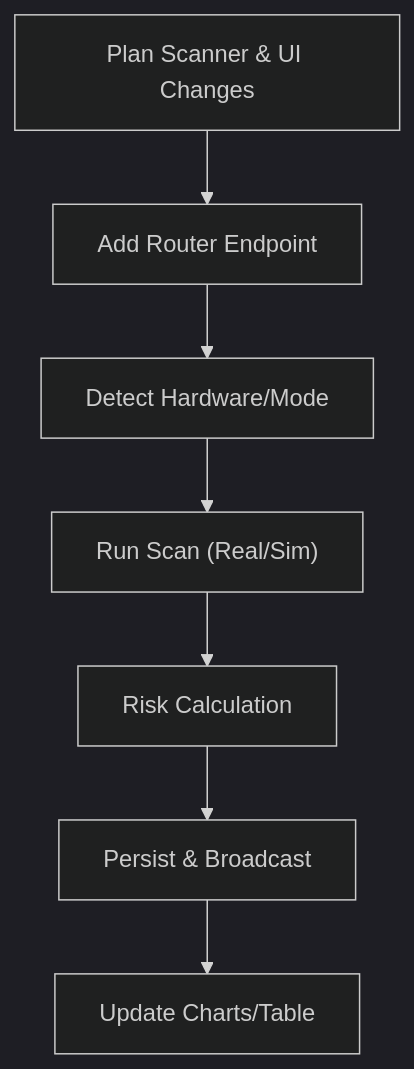
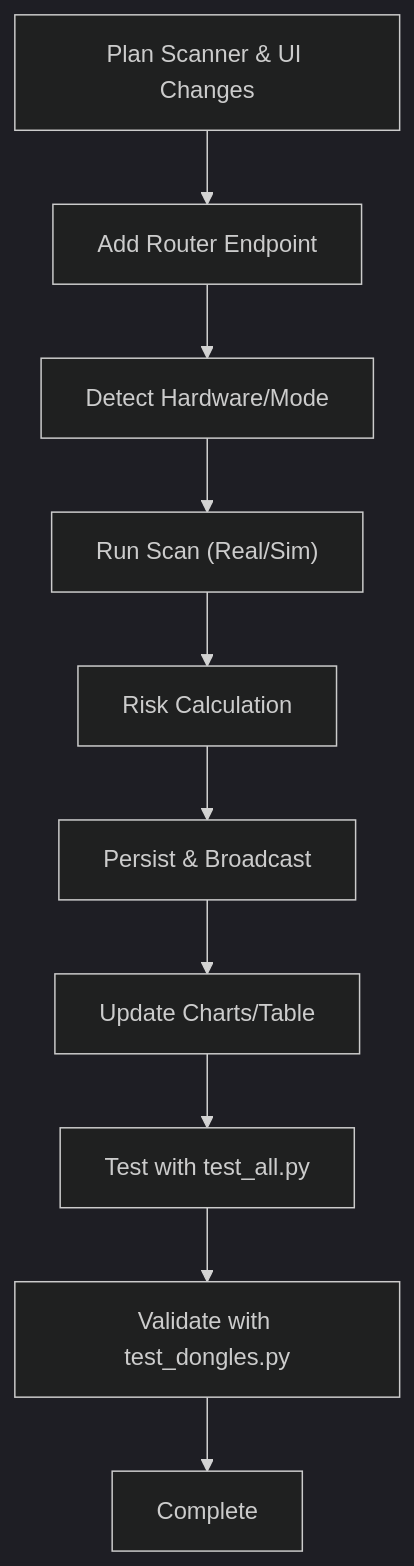
Before and after one commit to MohandWaleed3/PentexOne: diagram 11 of 11 in .qoder/repowiki/en/content/Contributing & Development.md, drawn with Mermaid (dark theme). The commit also changed other lines of this file and 16 other files, not shown here.

````diff
--- a/.qoder/repowiki/en/content/Contributing & Development.md
+++ b/.qoder/repowiki/en/content/Contributing & Development.md
@@ -432,9 +501,12 @@
 ```mermaid
 flowchart TD
 Plan["Plan Scanner & UI Changes"] --> Router["Add Router Endpoint"]
 Router --> HW["Detect Hardware/Mode"]
 HW --> Scan["Run Scan (Real/Sim)"]
 Scan --> Risk["Risk Calculation"]
 Risk --> Persist["Persist & Broadcast"]
 Persist --> UI["Update Charts/Table"]
+UI --> Test["Test with test_all.py"]
+Test --> Validate["Validate with test_dongles.py"]
+Validate --> Complete["Complete"]
 ```
````
